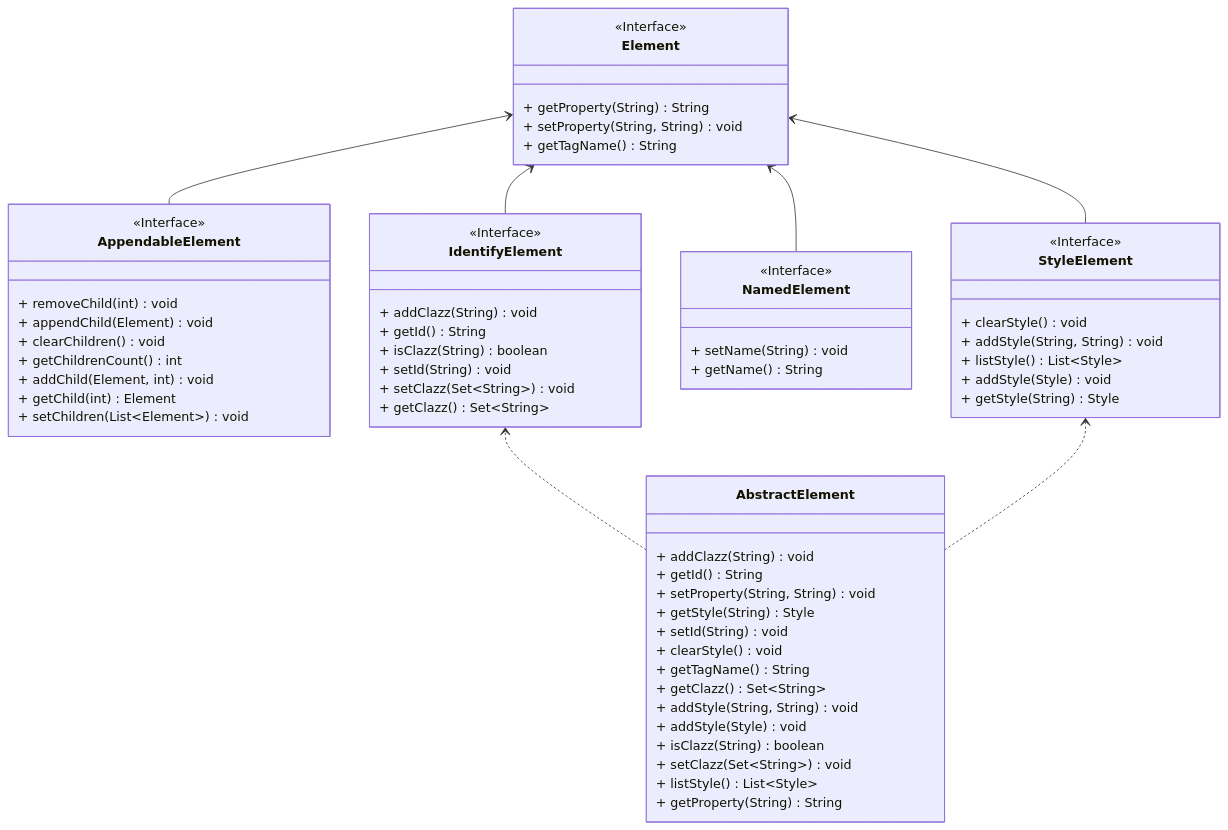
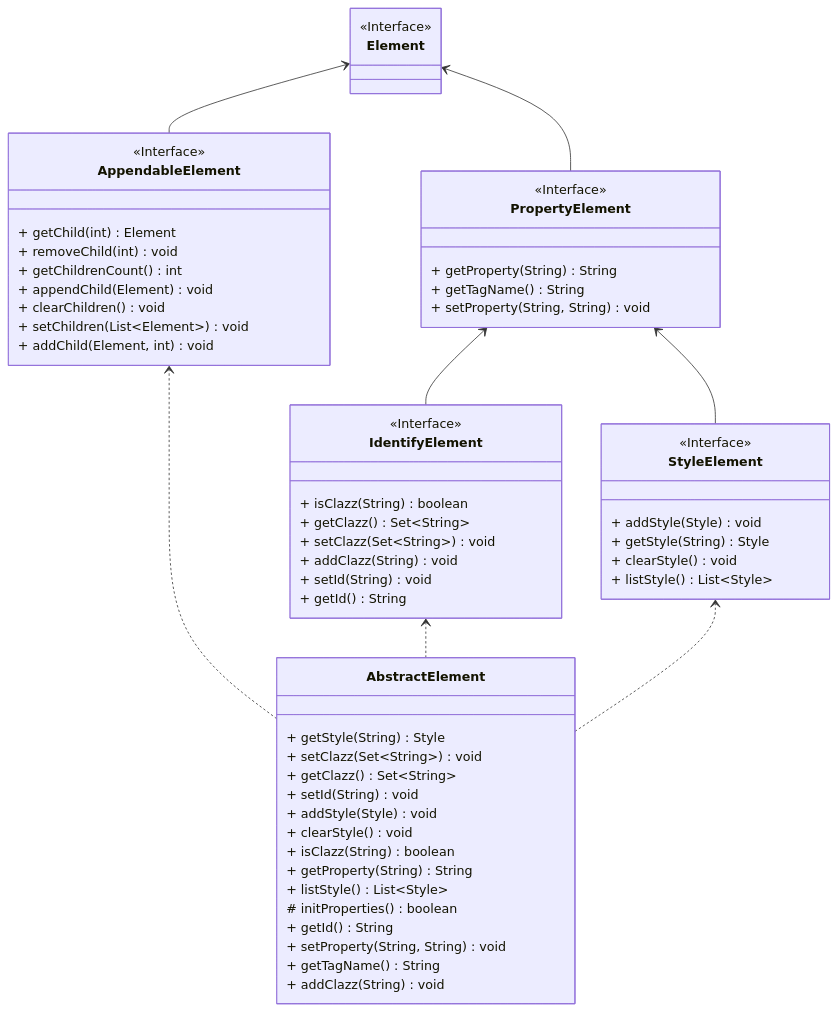
One commit to LeoTan2004/JavaBoy changed the diagram in README-zh.md. Above: the diagram before and after it, drawn with Mermaid. The commit also changed 9 other files, not shown here.

Commit message:
调整了接口结构，抽象出一个标记接口Element，将AppendableElement单独抽出来，修改StyleElement#getStyle返回值

````diff
--- a/README-zh.md
+++ b/README-zh.md
@@ -74,66 +74,66 @@
 ```mermaid
 classDiagram
-    direction BT
-    class AbstractElement {
-+ addClazz(String) void
+  direction BT
+  class AbstractElement {
++ getStyle(String) Style
++ setClazz(Set~String~) void
++ getClazz() Set~String~
++ setId(String) void
++ addStyle(Style) void
++ clearStyle() void
++ isClazz(String) boolean
++ getProperty(String) String
++ listStyle() List~Style~
+# initProperties() boolean
 + getId() String
 + setProperty(String, String) void
-+ getStyle(String) Style
-+ setId(String) void
-+ clearStyle() void
 + getTagName() String
-+ getClazz() Set~String~
-+ addStyle(String, String) void
-+ addStyle(Style) void
-+ isClazz(String) boolean
-+ setClazz(Set~String~) void
-+ listStyle() List~Style~
-+ getProperty(String) String
++ addClazz(String) void
 }
 class AppendableElement {
 <<Interface>>
++ getChild(int) Element
 + removeChild(int) void
++ getChildrenCount() int
 + appendChild(Element) void
 + clearChildren() void
-+ getChildrenCount() int
++ setChildren(List~Element~) void
 + addChild(Element, int) void
-+ getChild(int) Element
-+ setChildren(List~Element~) void
 }
 class Element {
 <<Interface>>
-+ getProperty(String) String
-+ setProperty(String, String) void
-+ getTagName() String
+
 }
 class IdentifyElement {
 <<Interface>>
++ isClazz(String) boolean
++ getClazz() Set~String~
++ setClazz(Set~String~) void
 + addClazz(String) void
++ setId(String) void
 + getId() String
-+ isClazz(String) boolean
-+ setId(String) void
-+ setClazz(Set~String~) void
-+ getClazz() Set~String~
 }
-class NamedElement {
+class PropertyElement {
 <<Interface>>
-+ setName(String) void
-+ getName() String
++ getProperty(String) String
++ getTagName() String
++ setProperty(String, String) void
 }
 class StyleElement {
 <<Interface>>
-+ clearStyle() void
-+ addStyle(String, String) void
-+ listStyle() List~Style~
 + addStyle(Style) void
 + getStyle(String) Style
++ clearStyle() void
++ listStyle() List~Style~
 }
 
+AbstractElement  ..>  AppendableElement
 AbstractElement  ..>  IdentifyElement
 AbstractElement  ..>  StyleElement
 AppendableElement  -->  Element
-IdentifyElement  -->  Element
-NamedElement  -->  Element
-StyleElement  -->  Element
+IdentifyElement  -->  PropertyElement
+PropertyElement  -->  Element
+StyleElement  -->  PropertyElement
+
 
 ```
````
